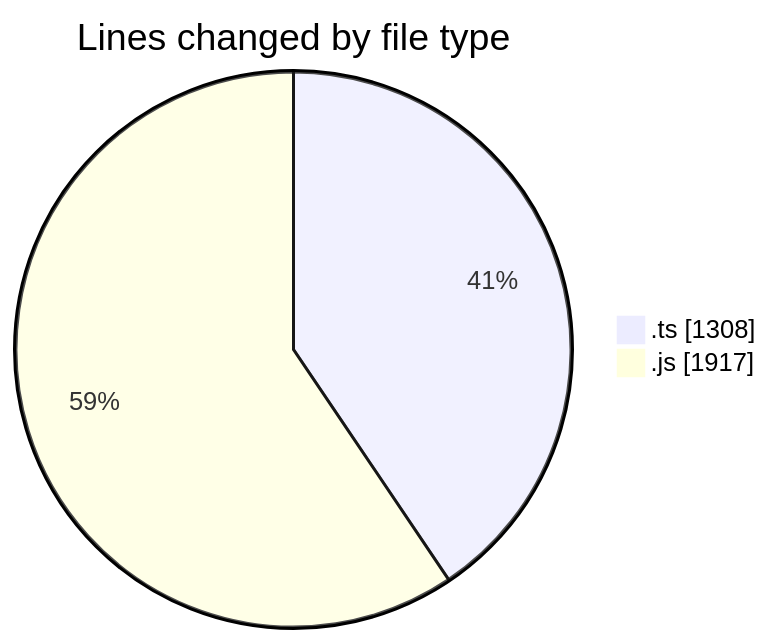
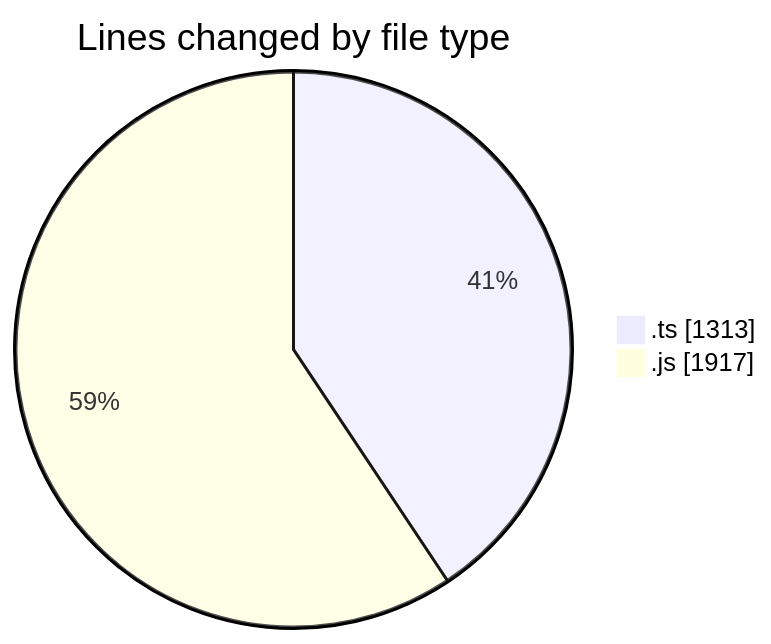
The first of 2 diagrams in 2025-07-29/cda/README.md (momahboobian/code-tracking), drawn with Mermaid before and after one commit. The commit also changed other lines of this file and 1 other file, not shown here.

````diff
--- a/2025-07-29/cda/README.md
+++ b/2025-07-29/cda/README.md
@@ -23,6 +23,6 @@
 ```mermaid
 pie showData
 title Lines changed by file type
-".ts" : 1308
+".ts" : 1313
 ".js" : 1917
 ```
````
